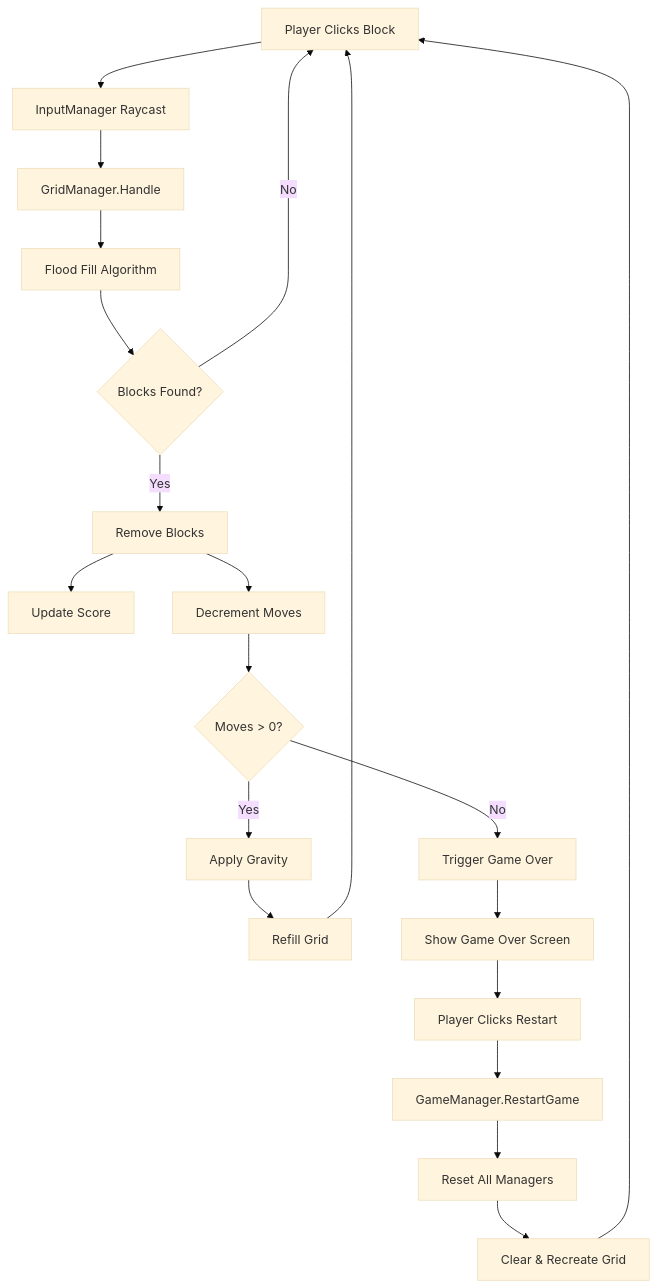
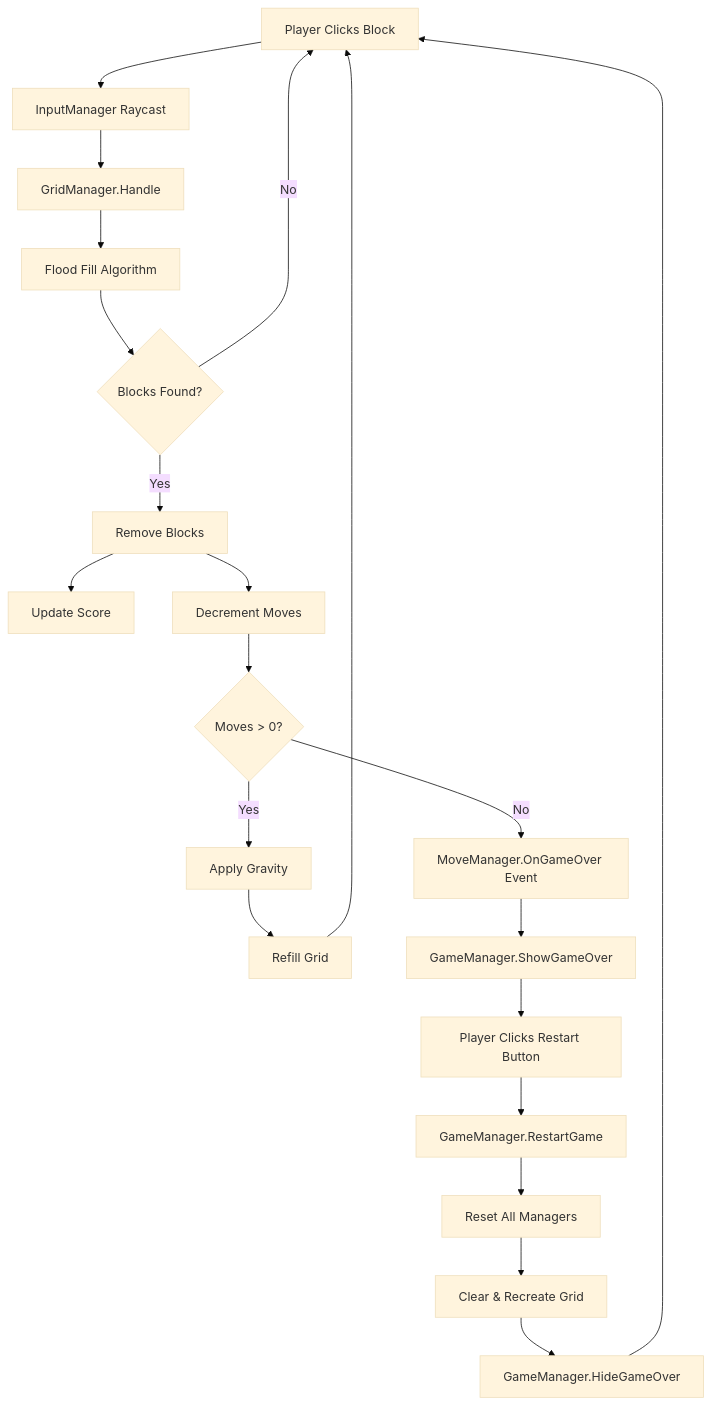
The diagram in README.md (CesarJorahua/Project-Blocky), drawn with Mermaid (base theme) before and after one commit. The commit also changed other lines of this file, not shown here.

````diff
--- a/README.md
+++ b/README.md
@@ -128,22 +129,23 @@
 ```mermaid
 graph TD
     A[Player Clicks Block] --> B[InputManager Raycast]
     B --> C[GridManager.Handle]
     C --> D[Flood Fill Algorithm]
     D --> E{Blocks Found?}
     E -->|Yes| F[Remove Blocks]
     E -->|No| A
     F --> G[Update Score]
     F --> H[Decrement Moves]
     H --> I{Moves > 0?}
     I -->|Yes| J[Apply Gravity]
-    I -->|No| K[Trigger Game Over]
+    I -->|No| K[MoveManager.OnGameOver Event]
     J --> L[Refill Grid]
     L --> A
-    K --> M[Show Game Over Screen]
-    M --> N[Player Clicks Restart]
+    K --> M[GameManager.ShowGameOver]
+    M --> N[Player Clicks Restart Button]
     N --> O[GameManager.RestartGame]
     O --> P[Reset All Managers]
     P --> Q[Clear & Recreate Grid]
-    Q --> A
+    Q --> R[GameManager.HideGameOver]
+    R --> A
 ```
````
